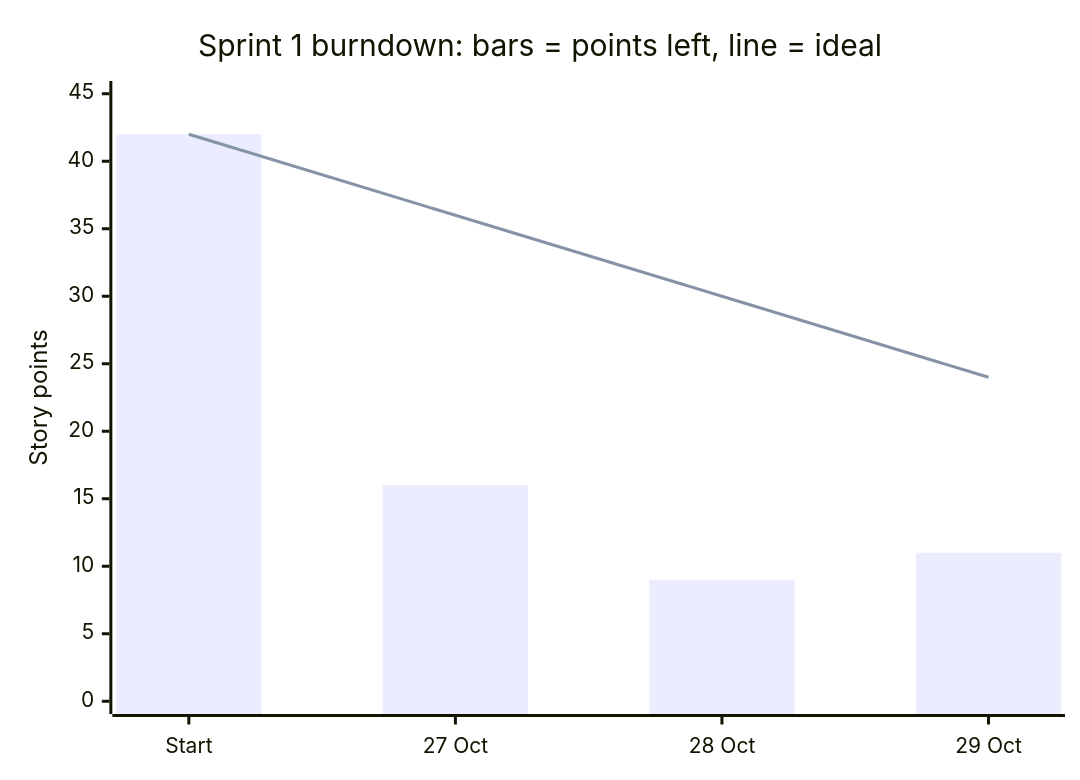
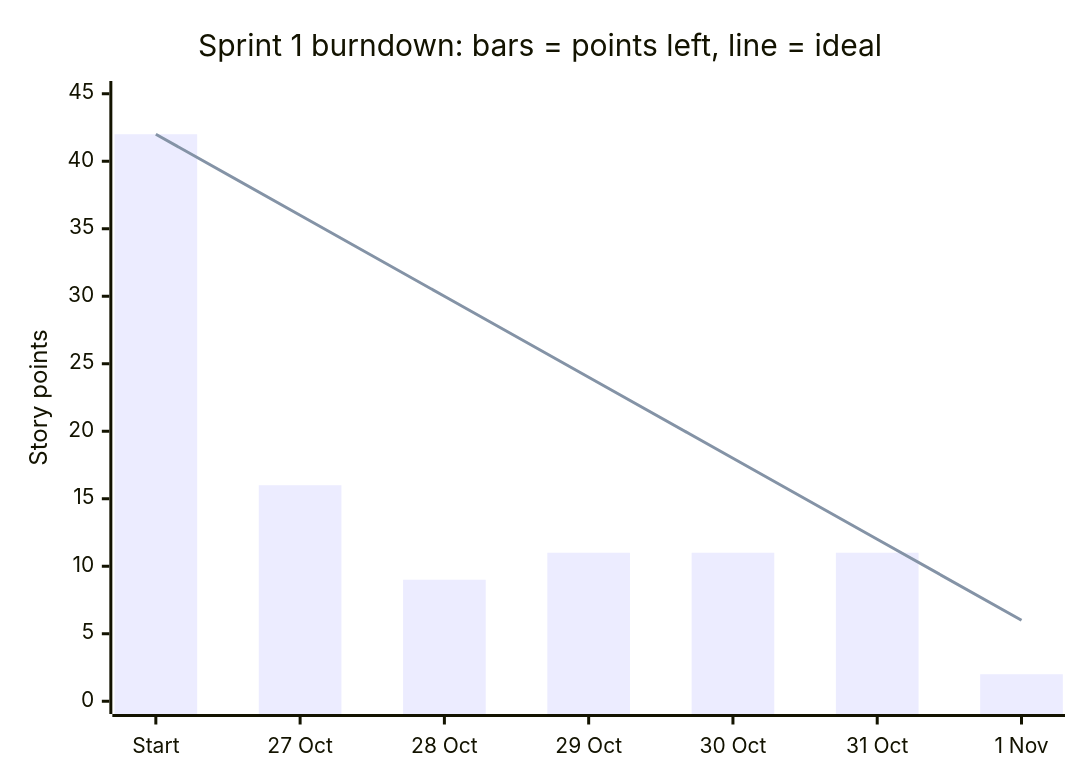
The diagram in docs/sprint-1.md (ADRIAN-NEATU/portfolio-health-check), drawn with Mermaid before and after one commit. The commit also changed other lines of this file and 15 other files, not shown here.

````diff
--- a/docs/sprint-1.md
+++ b/docs/sprint-1.md
@@ -66,8 +72,8 @@
 ```mermaid
 xychart-beta
     title "Sprint 1 burndown: bars = points left, line = ideal"
-    x-axis ["Start", "27 Oct", "28 Oct", "29 Oct"]
+    x-axis ["Start", "27 Oct", "28 Oct", "29 Oct", "30 Oct", "31 Oct", "1 Nov"]
     y-axis "Story points" 0 --> 45
-    bar [42, 16, 9, 11]
-    line [42, 36, 30, 24]
+    bar [42, 16, 9, 11, 11, 11, 2]
+    line [42, 36, 30, 24, 18, 12, 6]
 ```
````
